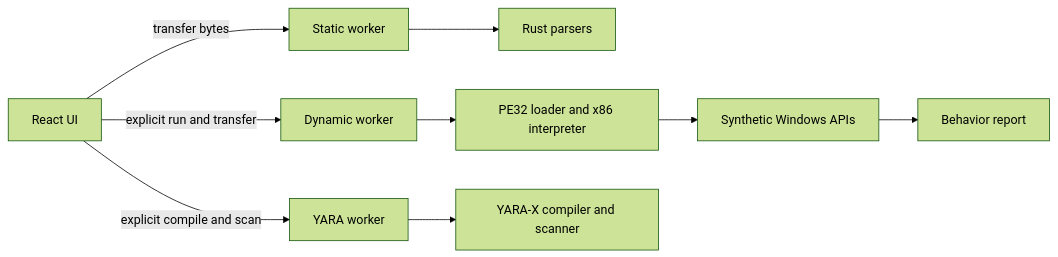
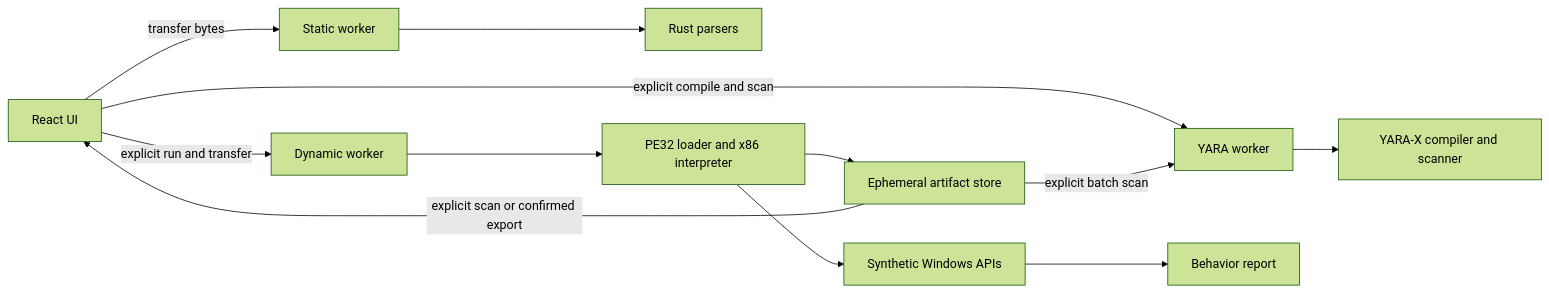
One commit to chaitanyarahalkar/aegis-browser-triage changed the diagram in docs/security-model.md. Above: the diagram before and after it, drawn with Mermaid (forest theme). The commit also changed other lines of this file and 20 other files, not shown here.

````diff
--- a/docs/security-model.md
+++ b/docs/security-model.md
@@ -26,11 +26,14 @@
 ```mermaid
 flowchart LR
   UI["React UI"] -->|"transfer bytes"| SW["Static worker"]
   UI -->|"explicit run and transfer"| DW["Dynamic worker"]
   UI -->|"explicit compile and scan"| YW["YARA worker"]
   SW --> SP["Rust parsers"]
   DW --> EMU["PE32 loader and x86 interpreter"]
   EMU --> VOS["Synthetic Windows APIs"]
   VOS --> REP["Behavior report"]
+  EMU --> ART["Ephemeral artifact store"]
+  ART -->|"explicit scan or confirmed export"| UI
+  ART -->|"explicit batch scan"| YW
   YW --> YX["YARA-X compiler and scanner"]
 ```
````
